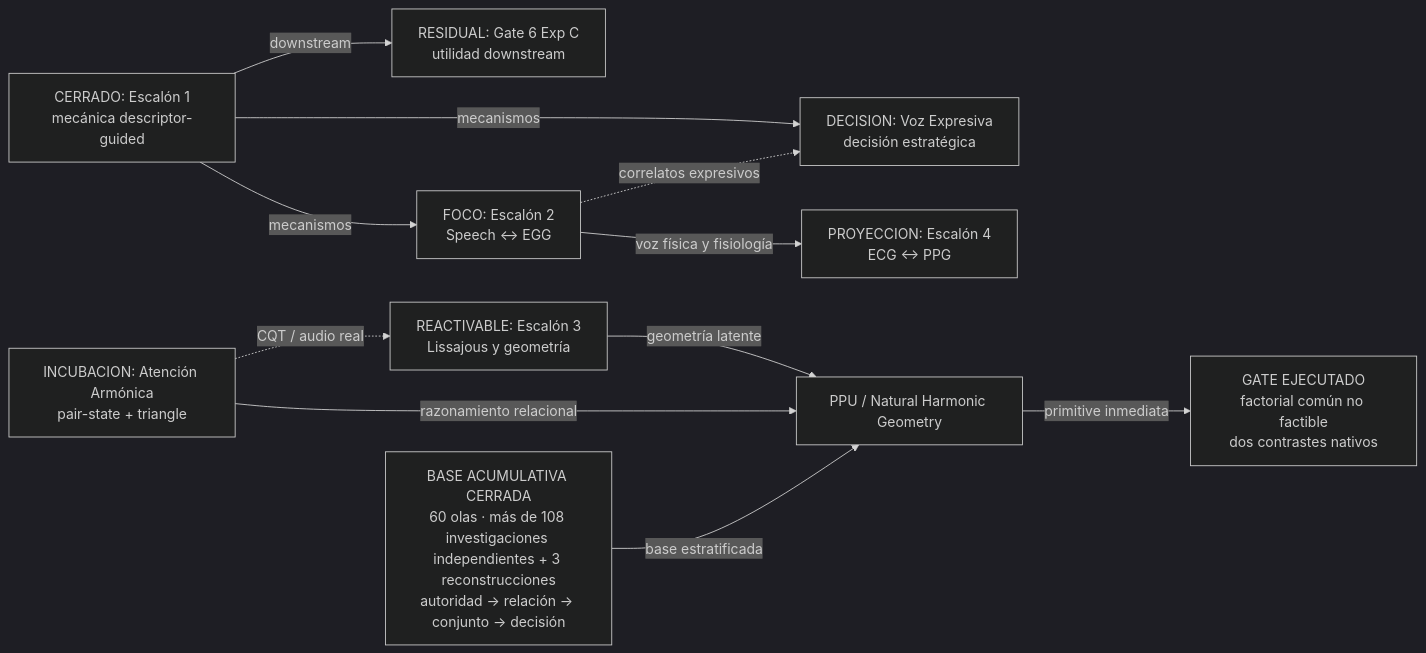
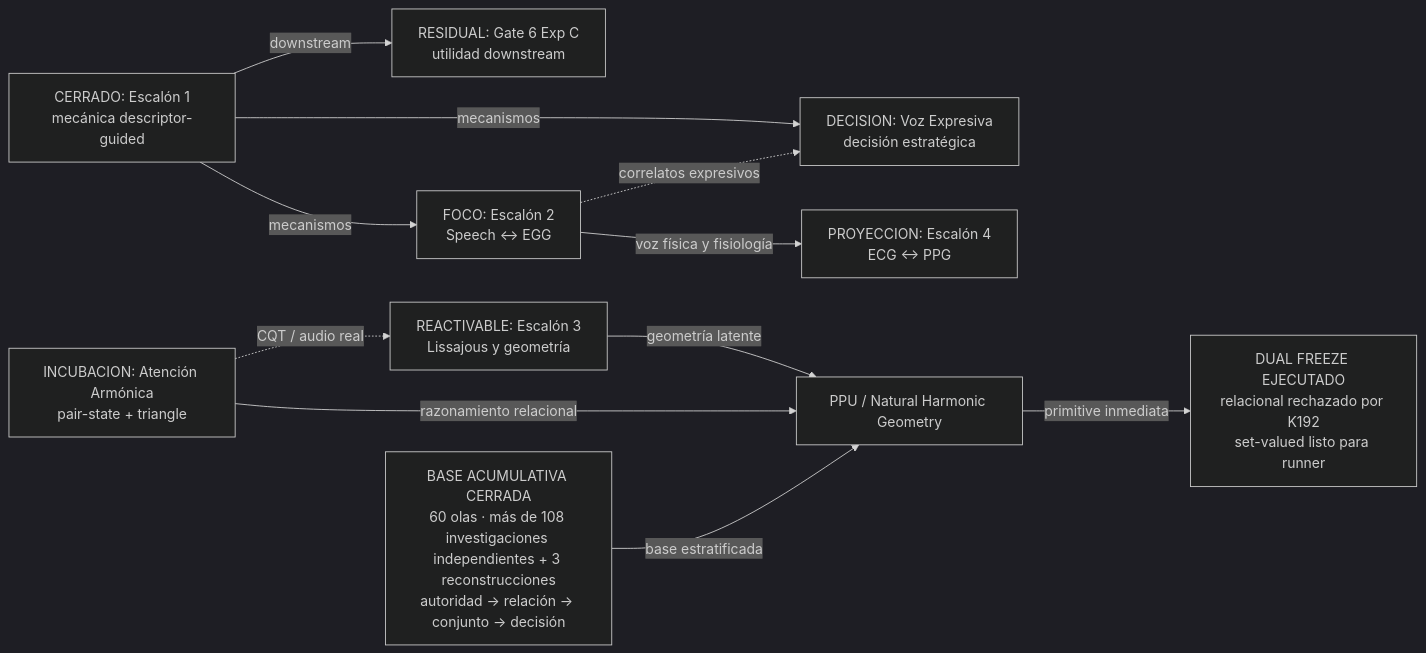
Before and after one commit to Mar-IA-no/Phideus: the first of 2 diagrams in Documents/05_WIKI/MAPA_VISUAL_DEL_PROGRAMA.md, drawn with Mermaid (dark theme). The commit also changed other lines of this file and 15 other files, not shown here.

Commit message:
propagate dual native freeze closure

````diff
--- a/Documents/05_WIKI/MAPA_VISUAL_DEL_PROGRAMA.md
+++ b/Documents/05_WIKI/MAPA_VISUAL_DEL_PROGRAMA.md
@@ -69,24 +72,24 @@
 ```mermaid
 flowchart LR
     E1["CERRADO: Escalón 1<br/>mecánica descriptor-guided"]
     G6["RESIDUAL: Gate 6 Exp C<br/>utilidad downstream"]
     E2["FOCO: Escalón 2<br/>Speech ↔ EGG"]
     VE["DECISION: Voz Expresiva<br/>decisión estratégica"]
     E3["REACTIVABLE: Escalón 3<br/>Lissajous y geometría"]
     AA["INCUBACION: Atención Armónica<br/>pair-state + triangle"]
     E4["PROYECCION: Escalón 4<br/>ECG ↔ PPG"]
     PPU["PPU / Natural Harmonic Geometry"]
     GT["BASE ACUMULATIVA CERRADA<br/>60 olas · más de 108 investigaciones independientes + 3 reconstrucciones<br/>autoridad → relación → conjunto → decisión"]
-    NCP["GATE EJECUTADO<br/>factorial común no factible<br/>dos contrastes nativos"]
+    NCP["DUAL FREEZE EJECUTADO<br/>relacional rechazado por K192<br/>set-valued listo para runner"]
 
     E1 -->|mecanismos| E2
     E1 -->|mecanismos| VE
     E1 -->|downstream| G6
     E2 -->|voz física y fisiología| E4
     E2 -.->|correlatos expresivos| VE
     E3 -->|geometría latente| PPU
     AA -->|razonamiento relacional| PPU
     GT -->|base estratificada| PPU
     PPU -->|primitive inmediata| NCP
     AA -.->|CQT / audio real| E3
 ```
````
